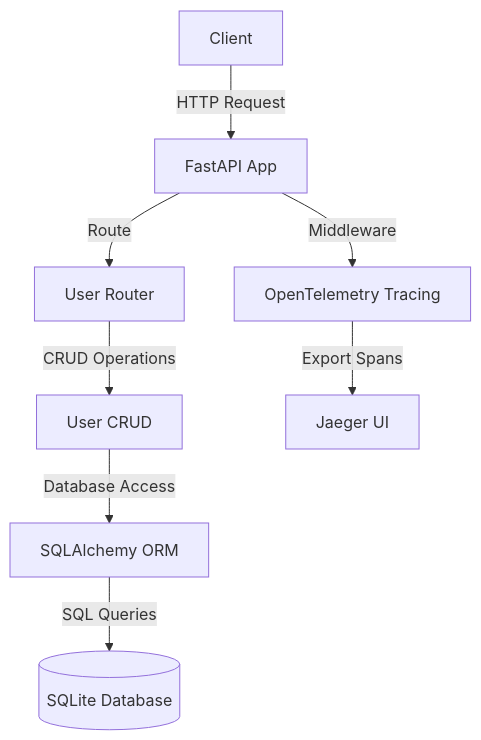
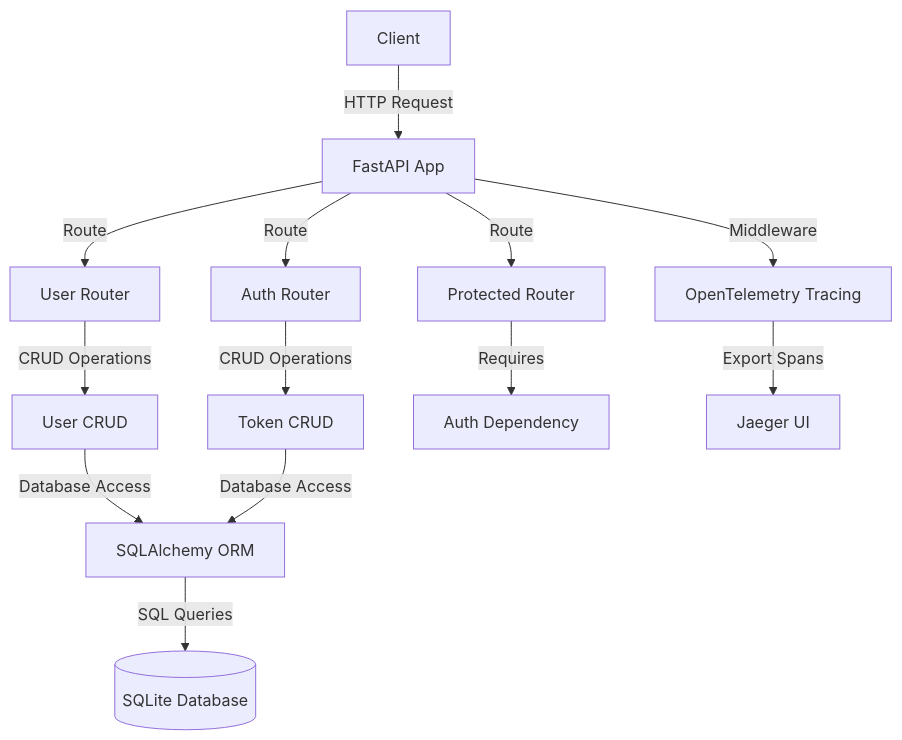
The first of 3 diagrams in docs/architecture.md (ini272/open-flair-shiftplan), drawn with Mermaid before and after one commit. The commit also changed other lines of this file and 7 other files, not shown here.

````diff
--- a/docs/architecture.md
+++ b/docs/architecture.md
@@ -9,10 +9,15 @@
 ```mermaid
 graph TD
     Client[Client] -->|HTTP Request| FastAPI[FastAPI App]
     FastAPI -->|Middleware| Tracing[OpenTelemetry Tracing]
     FastAPI -->|Route| UserRouter[User Router]
+    FastAPI -->|Route| AuthRouter[Auth Router]
+    FastAPI -->|Route| ProtectedRouter[Protected Router]
     UserRouter -->|CRUD Operations| UserCRUD[User CRUD]
+    AuthRouter -->|CRUD Operations| TokenCRUD[Token CRUD]
+    ProtectedRouter -->|Requires| AuthDep[Auth Dependency]
     UserCRUD -->|Database Access| SQLAlchemy[SQLAlchemy ORM]
+    TokenCRUD -->|Database Access| SQLAlchemy
     SQLAlchemy -->|SQL Queries| Database[(SQLite Database)]
     Tracing -->|Export Spans| Jaeger[Jaeger UI]
 ```
````
